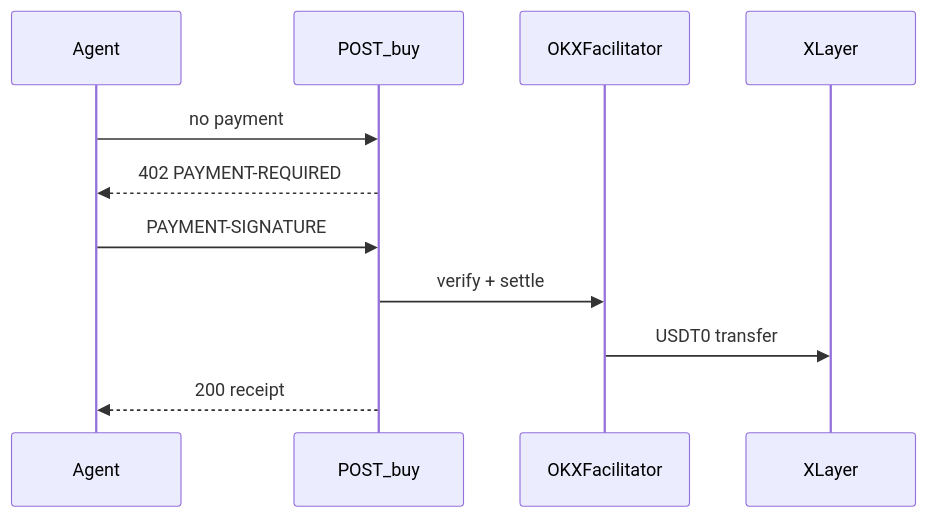
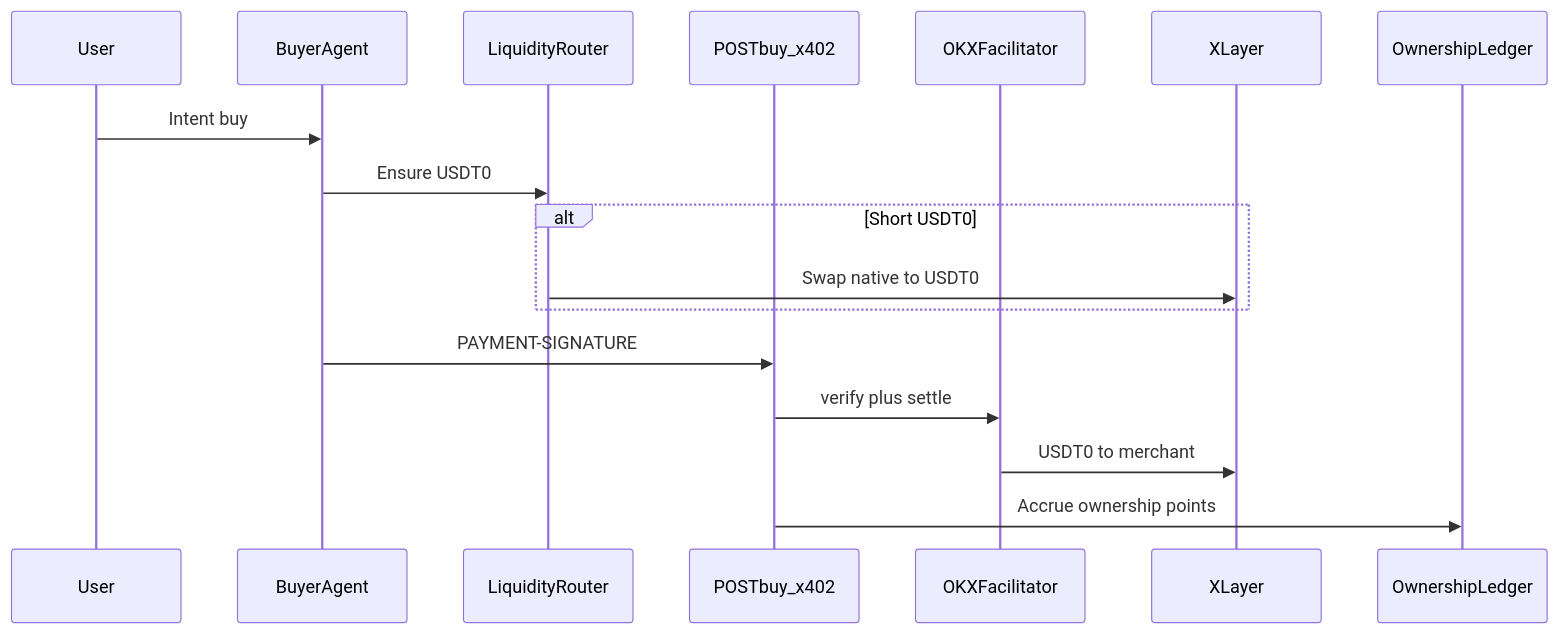
The diagram in AI.md (itzsihui/OKXDevDay2026), drawn with Mermaid before and after one commit. The commit also changed other lines of this file and 30 other files, not shown here.

Commit message:
Add liquidity routing and ownership flywheel for Build a Market.

````diff
--- a/AI.md
+++ b/AI.md
@@ -51,14 +56,20 @@
 ```mermaid
 sequenceDiagram
-  participant Agent
-  participant Buy as POST_buy
+  participant User
+  participant Agent as BuyerAgent
+  participant Route as LiquidityRouter
+  participant Buy as POSTbuy_x402
   participant OKX as OKXFacilitator
   participant XL as XLayer
+  participant Stake as OwnershipLedger
 
-  Agent->>Buy: no payment
-  Buy-->>Agent: 402 PAYMENT-REQUIRED
+  User->>Agent: Intent buy
+  Agent->>Route: Ensure USDT0
+  alt Short USDT0
+    Route->>XL: Swap native to USDT0
+  end
   Agent->>Buy: PAYMENT-SIGNATURE
-  Buy->>OKX: verify + settle
-  OKX->>XL: USDT0 transfer
-  Buy-->>Agent: 200 receipt
+  Buy->>OKX: verify plus settle
+  OKX->>XL: USDT0 to merchant
+  Buy->>Stake: Accrue ownership points
 ```
````
